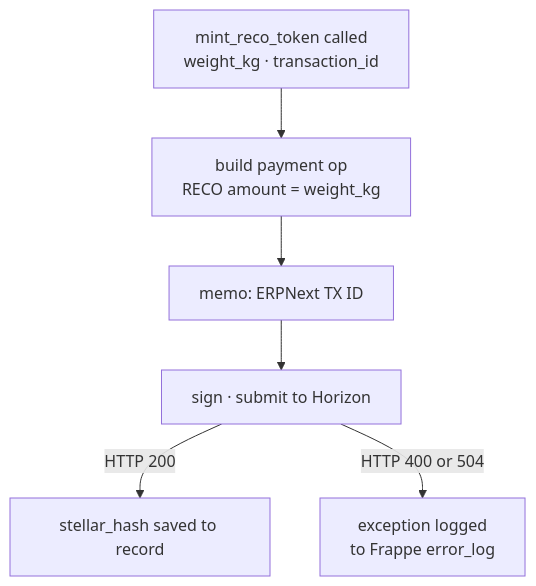
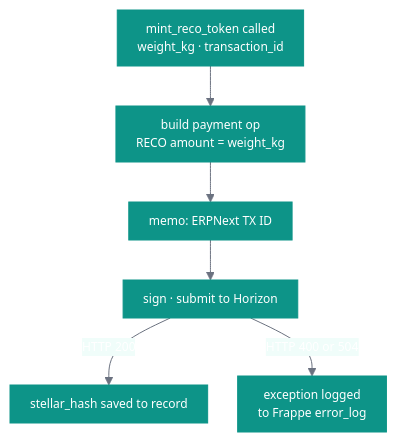
Before and after one commit to Matxchange/matXchange: the third of 5 diagrams in README.md, drawn with Mermaid. The commit also changed other lines of this file, not shown here.

````diff
--- a/README.md
+++ b/README.md
@@ -75,8 +76,9 @@
 ```mermaid
+%%{init: {"theme": "base", "themeVariables": {"primaryColor": "#0D9488", "primaryTextColor": "#ffffff", "primaryBorderColor": "#0D9488", "lineColor": "#6B7280", "edgeLabelBackground": "#F0FDFA", "fontFamily": "ui-monospace, monospace", "fontSize": "12px"}, "flowchart": {"curve": "basis", "nodeSpacing": 30, "rankSpacing": 40, "padding": 10}}}%%
 flowchart TD
     A[mint_reco_token called\nweight_kg · transaction_id] --> B[build payment op\nRECO amount = weight_kg]
     B --> C[memo: ERPNext TX ID]
     C --> D[sign · submit to Horizon]
     D -->|HTTP 200| E[stellar_hash saved to record]
     D -->|HTTP 400 or 504| F[exception logged\nto Frappe error_log]
 ```
````
